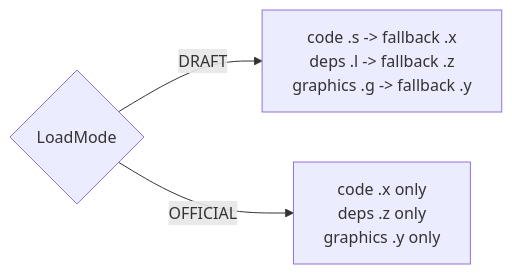
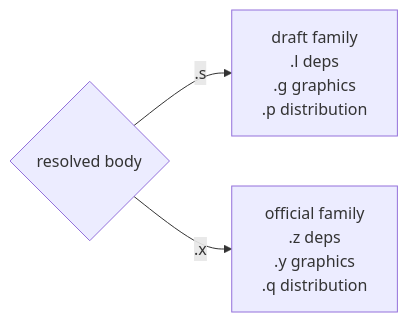
Before and after one commit to SorenHJohansen/sattline-parser: the first of 7 diagrams in docs/project.md, drawn with Mermaid. The commit also changed other lines of this file and 29 other files, not shown here.

````diff
--- a/docs/project.md
+++ b/docs/project.md
@@ -20,5 +20,5 @@
 ```mermaid
 flowchart LR
-    MODE{"LoadMode"} -->|DRAFT| D["code .s -> fallback .x<br/>deps .l -> fallback .z<br/>graphics .g -> fallback .y"]
-    MODE -->|OFFICIAL| O["code .x only<br/>deps .z only<br/>graphics .y only"]
+    BODY{"resolved body"} -->|".s"| D["draft family<br/>.l deps<br/>.g graphics<br/>.p distribution"]
+    BODY -->|".x"| O["official family<br/>.z deps<br/>.y graphics<br/>.q distribution"]
 ```
````
